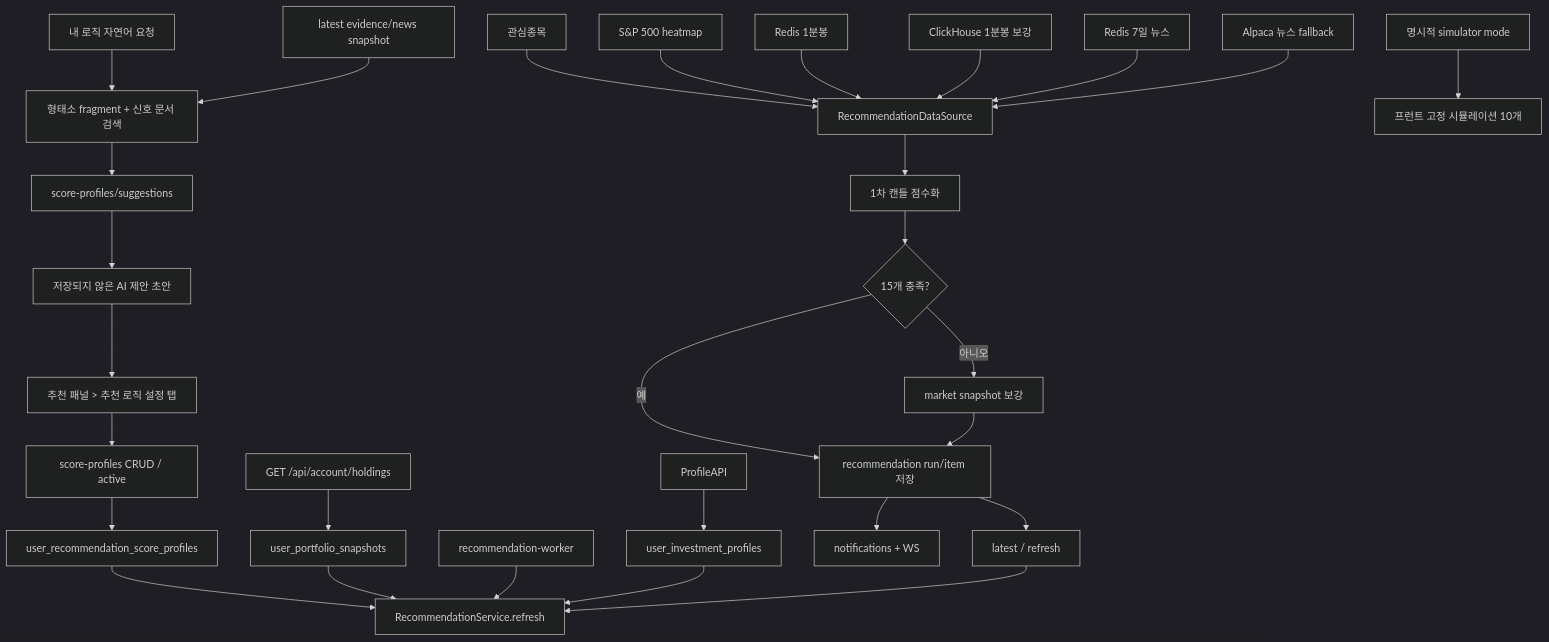
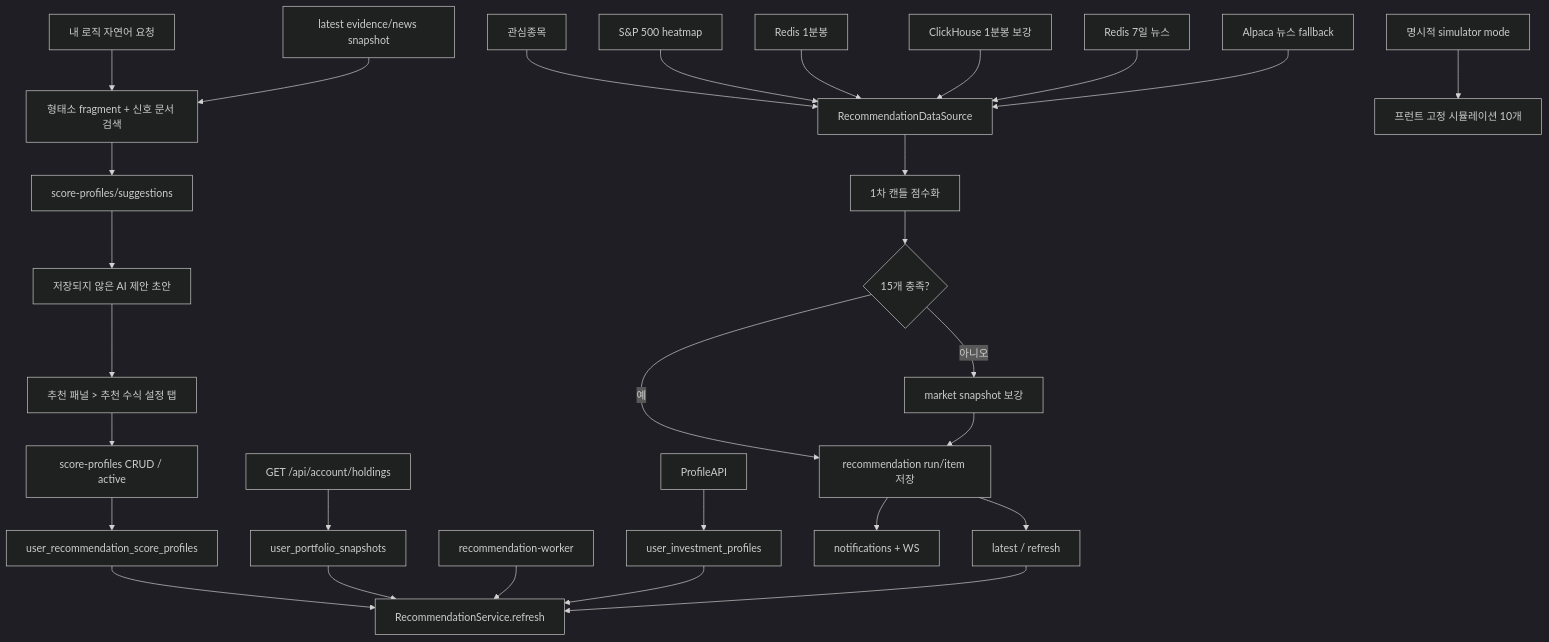
The diagram in docs/STOCK_RECOMMENDATION_PANEL.md (seunglee10/GOPS-BE), drawn with Mermaid (dark theme) before and after one commit. The commit also changed other lines of this file and 1 other file, not shown here.

Commit message:
feat: refine portfolio chart and recommendation copy

````diff
--- a/docs/STOCK_RECOMMENDATION_PANEL.md
+++ b/docs/STOCK_RECOMMENDATION_PANEL.md
@@ -139,34 +139,34 @@
 ```mermaid
 flowchart TD
-  Profile["추천 패널 > 추천 로직 설정 탭"] --> ScoreAPI["score-profiles CRUD / active"]
+  Profile["추천 패널 > 추천 수식 설정 탭"] --> ScoreAPI["score-profiles CRUD / active"]
   Prompt["내 로직 자연어 요청"] --> IntentRAG["형태소 fragment + 신호 문서 검색"]
   EvidenceRAG["latest evidence/news snapshot"] --> IntentRAG
   IntentRAG --> SuggestionAPI["score-profiles/suggestions"]
   SuggestionAPI --> Draft["저장되지 않은 AI 제안 초안"]
   Draft --> Profile
   ScoreAPI --> ScoreProfiles["user_recommendation_score_profiles"]
   Holdings["GET /api/account/holdings"] --> Snapshot["user_portfolio_snapshots"]
   Worker["recommendation-worker"] --> Service["RecommendationService.refresh"]
   Panel["latest / refresh"] --> Service
   ProfileAPI --> Profiles["user_investment_profiles"]
   Profiles --> Service
   ScoreProfiles --> Service
   Snapshot --> Service
 
   Watchlist["관심종목"] --> DataSource["RecommendationDataSource"]
   Heatmap["S&P 500 heatmap"] --> DataSource
   RedisCandles["Redis 1분봉"] --> DataSource
   ClickHouseCandles["ClickHouse 1분봉 보강"] --> DataSource
   RedisNews["Redis 7일 뉴스"] --> DataSource
   AlpacaNews["Alpaca 뉴스 fallback"] --> DataSource
 
   DataSource --> Primary["1차 캔들 점수화"]
   Primary --> Enough{"15개 충족?"}
   Enough -->|예| Runs["recommendation run/item 저장"]
   Enough -->|아니오| BackendFallback["market snapshot 보강"]
   BackendFallback --> Runs
   Runs --> Notify["notifications + WS"]
   Runs --> Panel
 
   Simulator["명시적 simulator mode"] --> SimFallback["프런트 고정 시뮬레이션 10개"]
 ```
````
